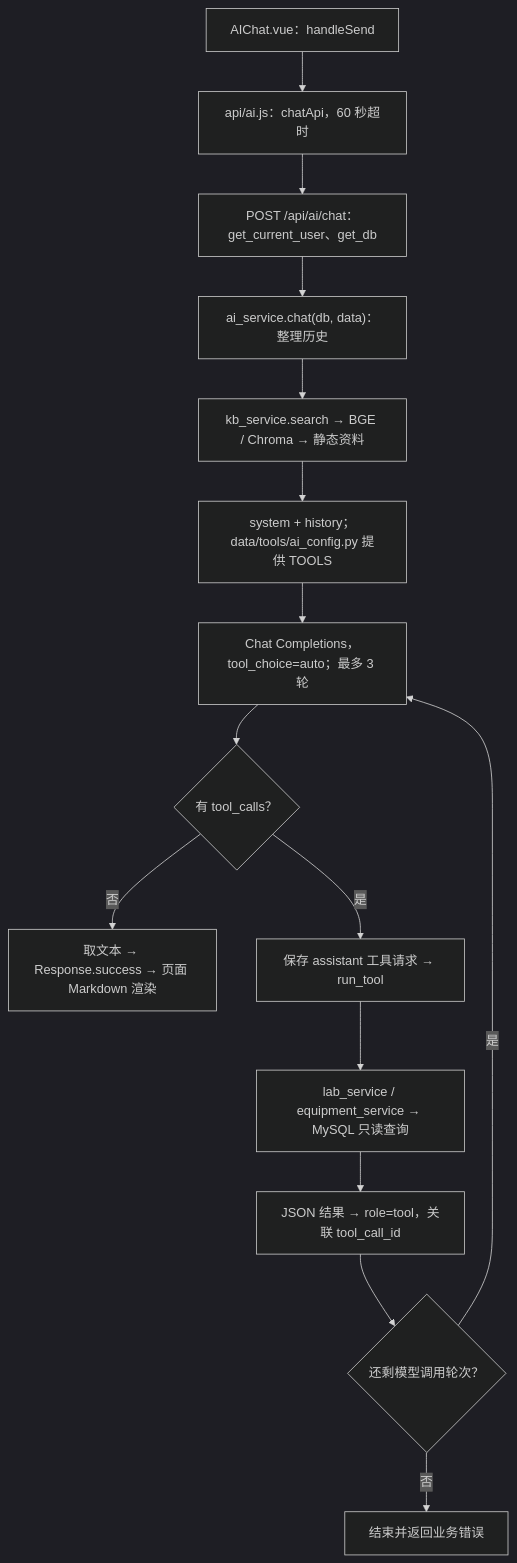
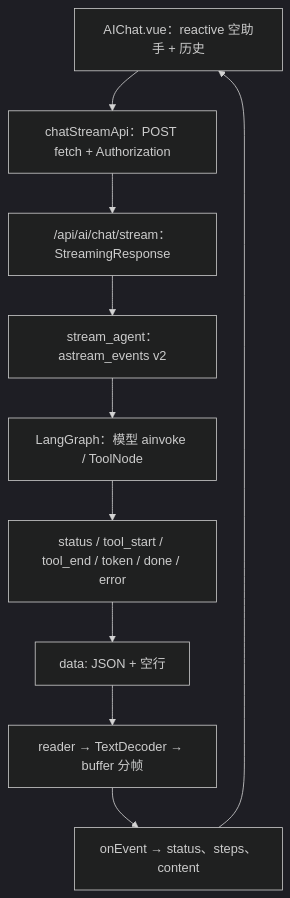
One commit to JasonCauly/Lab_Agent changed the seventh of 8 diagrams in README.md. Above: the diagram before and after it, drawn with Mermaid (dark theme). The commit also changed other lines of this file and 15 other files, not shown here.

````diff
--- a/README.md
+++ b/README.md
@@ -1260,17 +1271,12 @@
 ```mermaid
 flowchart TD
-    A["AIChat.vue：handleSend"] --> B["api/ai.js：chatApi，60 秒超时"]
-    B --> C["POST /api/ai/chat：get_current_user、get_db"]
-    C --> D["ai_service.chat(db, data)：整理历史"]
-    D --> E["kb_service.search → BGE / Chroma → 静态资料"]
-    E --> F["system + history；data/tools/ai_config.py 提供 TOOLS"]
-    F --> G["Chat Completions，tool_choice=auto；最多 3 轮"]
-    G --> H{"有 tool_calls？"}
-    H -->|否| I["取文本 → Response.success → 页面 Markdown 渲染"]
-    H -->|是| J["保存 assistant 工具请求 → run_tool"]
-    J --> K["lab_service / equipment_service → MySQL 只读查询"]
-    K --> L["JSON 结果 → role=tool，关联 tool_call_id"]
-    L --> M{"还剩模型调用轮次？"}
-    M -->|是| G
-    M -->|否| N["结束并返回业务错误"]
+    V["AIChat.vue：reactive 空助手 + 历史"] --> F["chatStreamApi：POST fetch + Authorization"]
+    F --> A["/api/ai/chat/stream：StreamingResponse"]
+    A --> S["stream_agent：astream_events v2"]
+    S --> G["LangGraph：模型 ainvoke / ToolNode"]
+    G --> E["status / tool_start / tool_end / token / done / error"]
+    E --> W["data: JSON + 空行"]
+    W --> D["reader → TextDecoder → buffer 分帧"]
+    D --> C["onEvent → status、steps、content"]
+    C --> V
 ```
````
